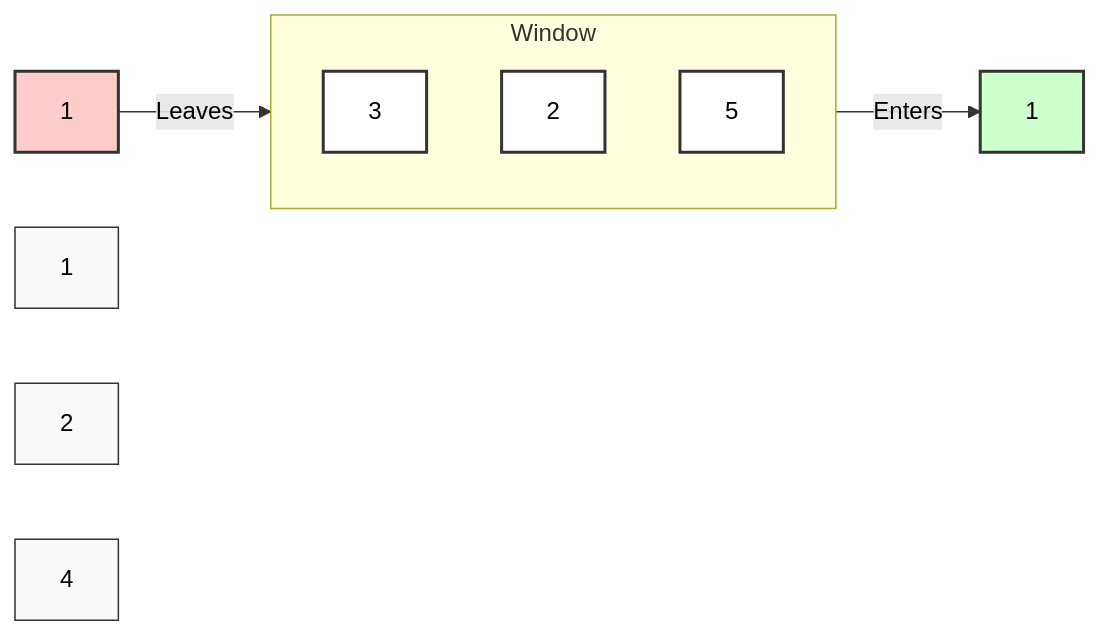
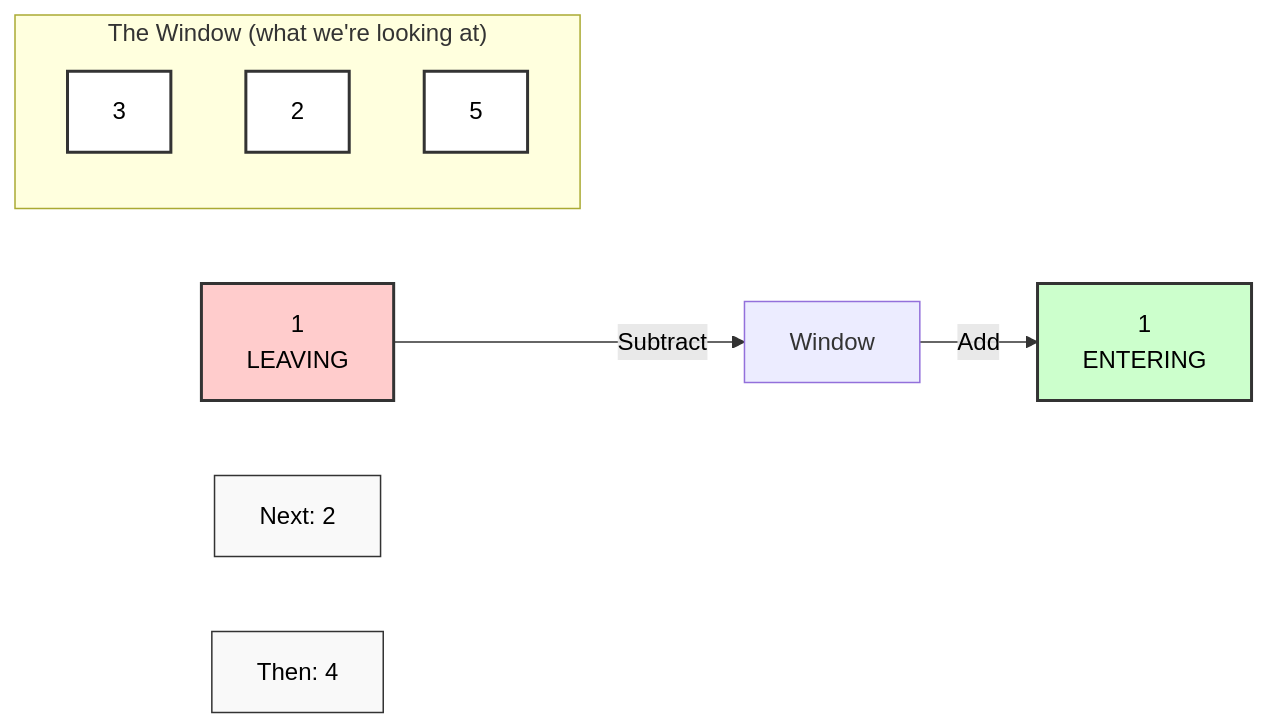
The first of 7 diagrams in 01-sliding-window/README.md (ankushtagore/dsa-coding-patterns), drawn with Mermaid before and after one commit. The commit also changed other lines of this file and 6 other files, not shown here.

````diff
--- a/01-sliding-window/README.md
+++ b/01-sliding-window/README.md
@@ -34,26 +84,24 @@
 ```mermaid
 graph LR
-    subgraph Window
-    B[3]
-    C[2]
-    D[5]
+    subgraph "The Window (what we're looking at)"
+    B["3"]
+    C["2"]
+    D["5"]
     end
     
-    A[1] -- "Leaves" --> Window
-    Window -- "Enters" --> E[1]
+    A["1<br/>LEAVING"] -- "Subtract" --> Window
+    Window -- "Add" --> E["1<br/>ENTERING"]
     
-    F[1]
-    G[2]
-    H[4]
+    F["Next: 2"]
+    G["Then: 4"]
 
     style A fill:#ffcccc,stroke:#333,stroke-width:2px,color:#000
     style B fill:#ffffff,stroke:#333,stroke-width:2px,color:#000
     style C fill:#ffffff,stroke:#333,stroke-width:2px,color:#000
     style D fill:#ffffff,stroke:#333,stroke-width:2px,color:#000
     style E fill:#ccffcc,stroke:#333,stroke-width:2px,color:#000
     style F fill:#f9f9f9,stroke:#333,stroke-width:1px,color:#000
     style G fill:#f9f9f9,stroke:#333,stroke-width:1px,color:#000
-    style H fill:#f9f9f9,stroke:#333,stroke-width:1px,color:#000
 
     linkStyle default color:#000,stroke:#333
 ```
````
